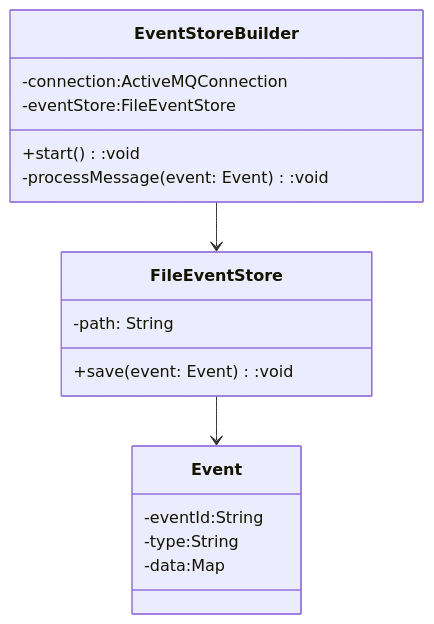
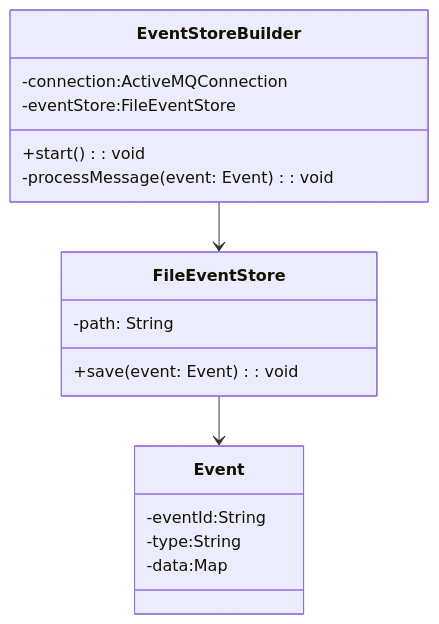
One commit to TechnoRadar/techno-radar changed the fourth of 5 diagrams in README.md. Above: the diagram before and after it, drawn with Mermaid. The commit also changed other lines of this file, not shown here.

````diff
--- a/README.md
+++ b/README.md
@@ -283,20 +283,20 @@
 ```mermaid
 classDiagram
     class EventStoreBuilder {
         -connection:ActiveMQConnection
         -eventStore:FileEventStore
-        +start():void
-        -processMessage(event: Event):void
+        +start() : void
+        -processMessage(event: Event) : void
     }
     class FileEventStore {
         -path: String
-        +save(event: Event):void
+        +save(event: Event) : void
     }
     class Event {
         -eventId:String
         -type:String
         -data:Map
     }
     EventStoreBuilder --> FileEventStore
     FileEventStore --> Event
 ```
````
